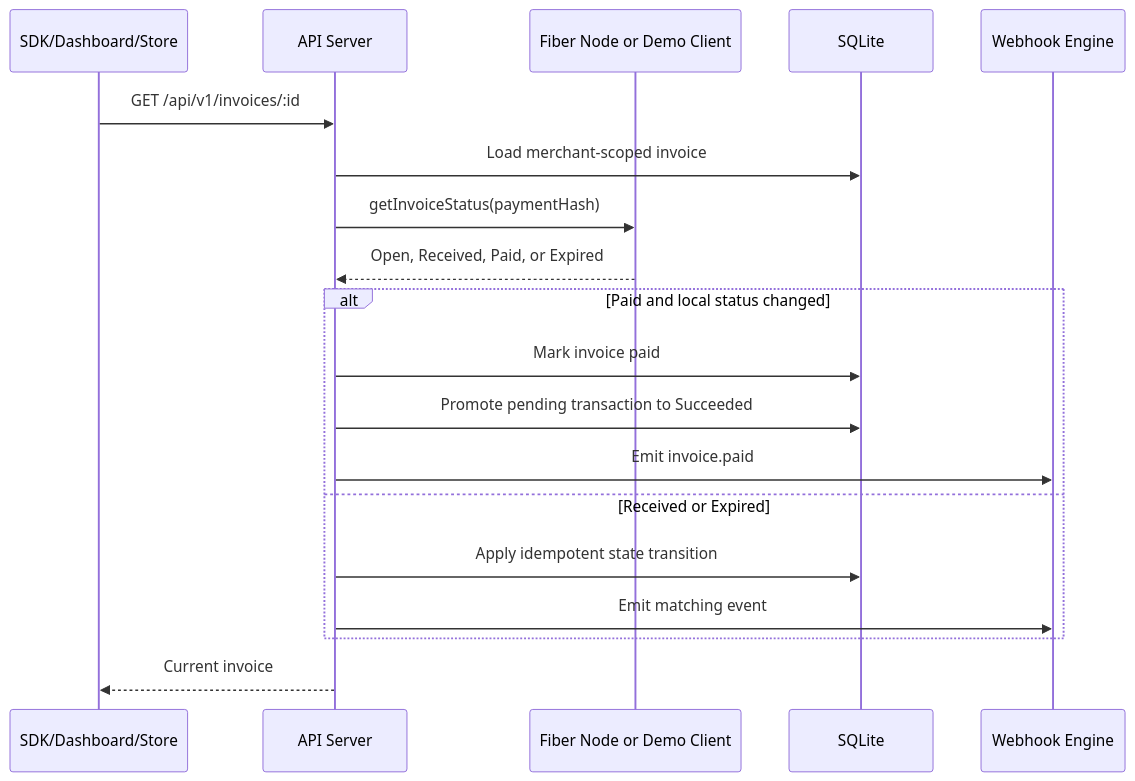
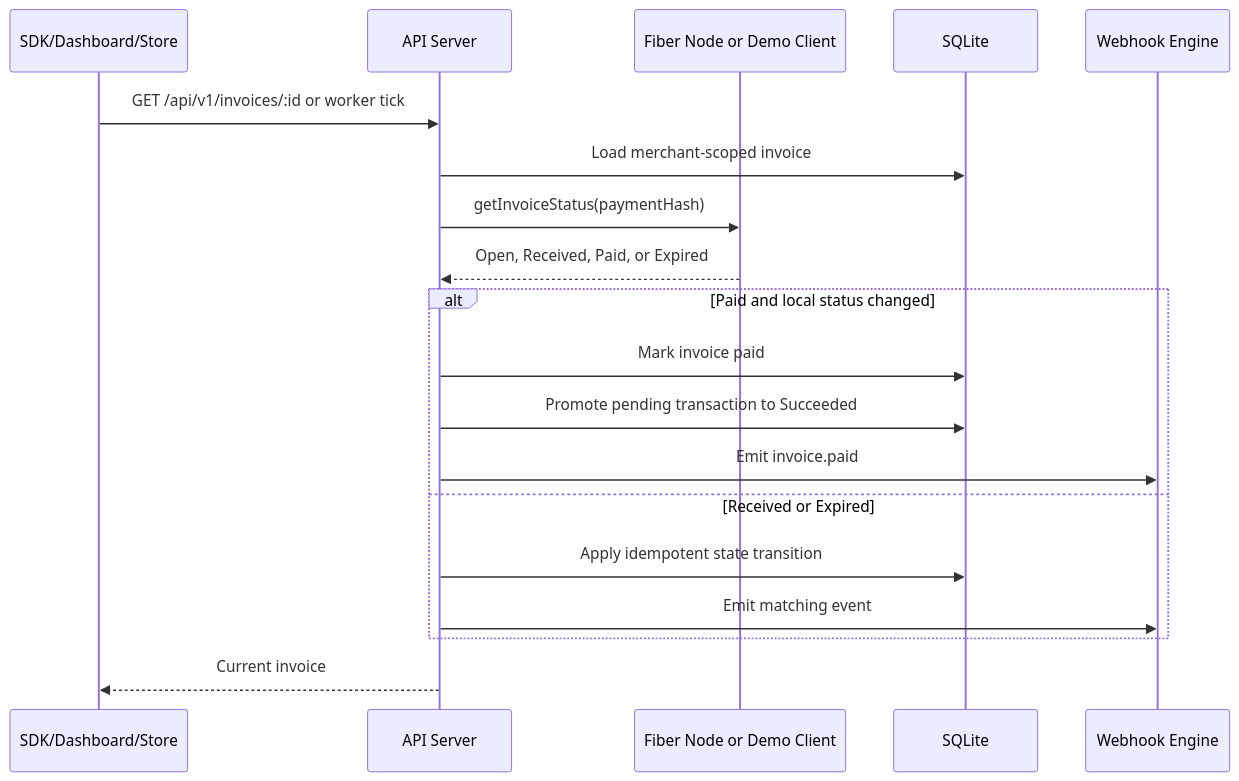
One commit to zynorr/fiber-merchant-kit changed the fourth of 5 diagrams in docs/architecture.md. Above: the diagram before and after it, drawn with Mermaid. The commit also changed other lines of this file and 22 other files, not shown here.

````diff
--- a/docs/architecture.md
+++ b/docs/architecture.md
@@ -127,22 +131,22 @@
 ```mermaid
 sequenceDiagram
   participant App as SDK/Dashboard/Store
   participant API as API Server
   participant Fiber as Fiber Node or Demo Client
   participant DB as SQLite
   participant Hook as Webhook Engine
 
-  App->>API: GET /api/v1/invoices/:id
+  App->>API: GET /api/v1/invoices/:id or worker tick
   API->>DB: Load merchant-scoped invoice
   API->>Fiber: getInvoiceStatus(paymentHash)
   Fiber-->>API: Open, Received, Paid, or Expired
   alt Paid and local status changed
     API->>DB: Mark invoice paid
     API->>DB: Promote pending transaction to Succeeded
     API->>Hook: Emit invoice.paid
   else Received or Expired
     API->>DB: Apply idempotent state transition
     API->>Hook: Emit matching event
   end
   API-->>App: Current invoice
 ```
````
